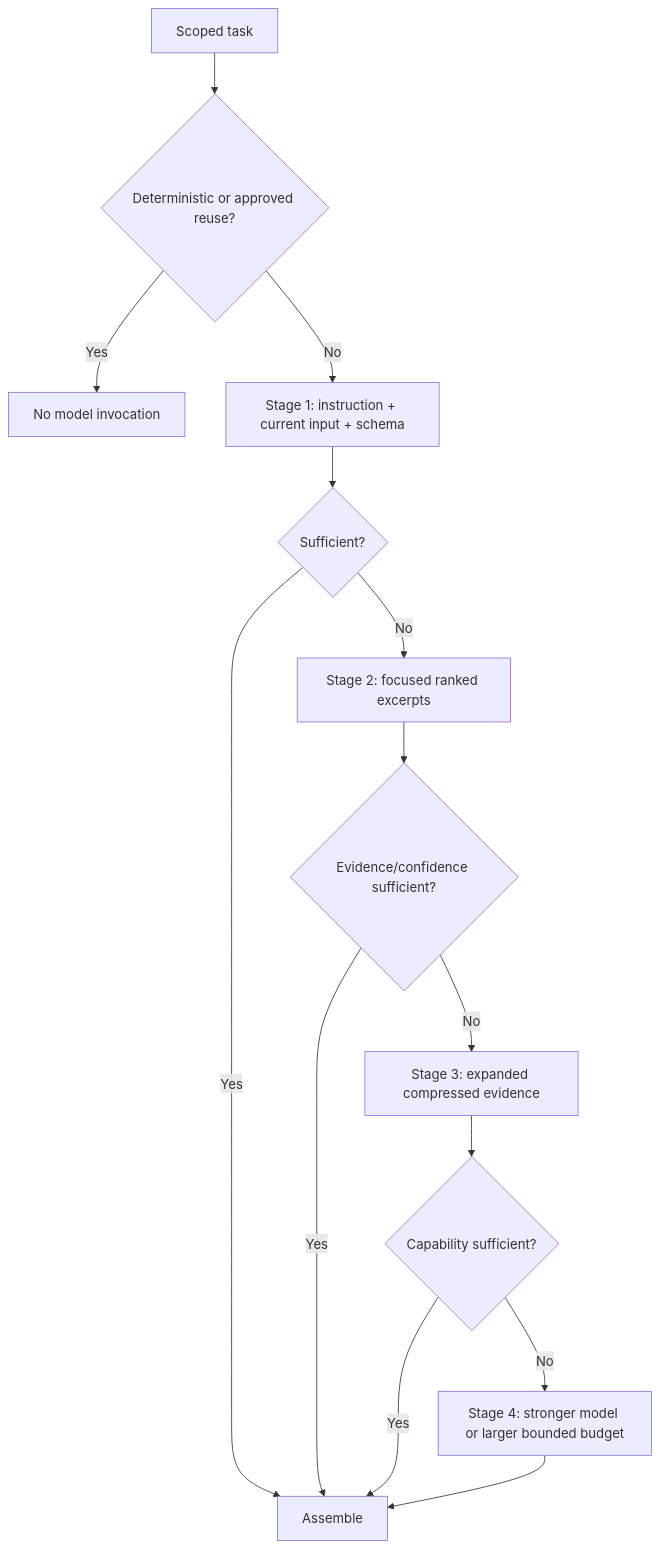
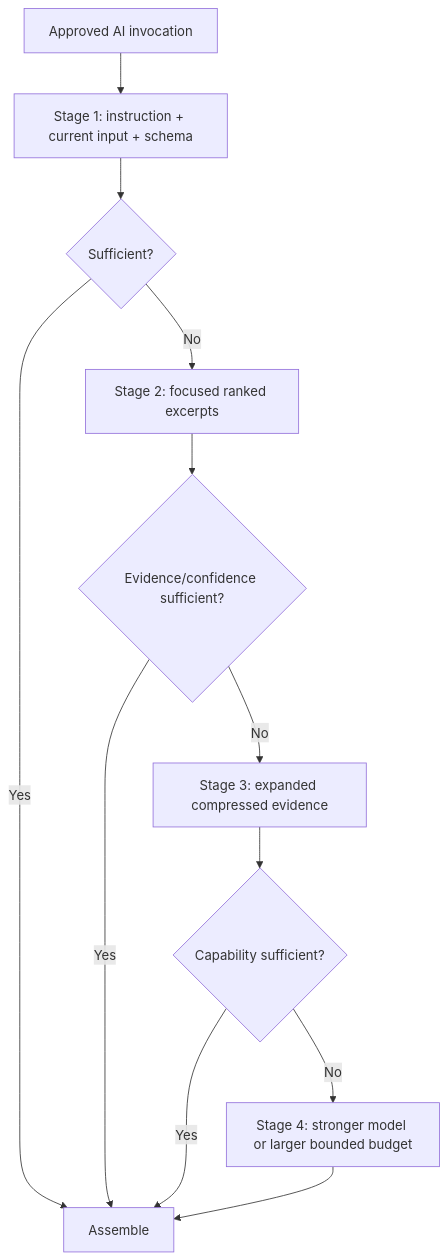
The first of 2 diagrams in docs/architecture/PromptContextPipeline.md (mayurbhavsar04/AIEOS), drawn with Mermaid before and after one commit. The commit also changed other lines of this file and 10 other files, not shown here.

````diff
--- a/docs/architecture/PromptContextPipeline.md
+++ b/docs/architecture/PromptContextPipeline.md
@@ -28,16 +28,14 @@
 ```mermaid
 flowchart TD
-    IN["Scoped task"] --> S0{"Deterministic or approved reuse?"}
-    S0 -->|"Yes"| DONE["No model invocation"]
-    S0 -->|"No"| S1["Stage 1: instruction + current input + schema"]
+    IN["Approved AI invocation"] --> S1["Stage 1: instruction + current input + schema"]
     S1 --> E1{"Sufficient?"}
     E1 -->|"Yes"| BUILD["Assemble"]
     E1 -->|"No"| S2["Stage 2: focused ranked excerpts"]
     S2 --> E2{"Evidence/confidence sufficient?"}
     E2 -->|"Yes"| BUILD
     E2 -->|"No"| S3["Stage 3: expanded compressed evidence"]
     S3 --> E3{"Capability sufficient?"}
     E3 -->|"Yes"| BUILD
     E3 -->|"No"| S4["Stage 4: stronger model or larger bounded budget"]
     S4 --> BUILD
 ```
````
